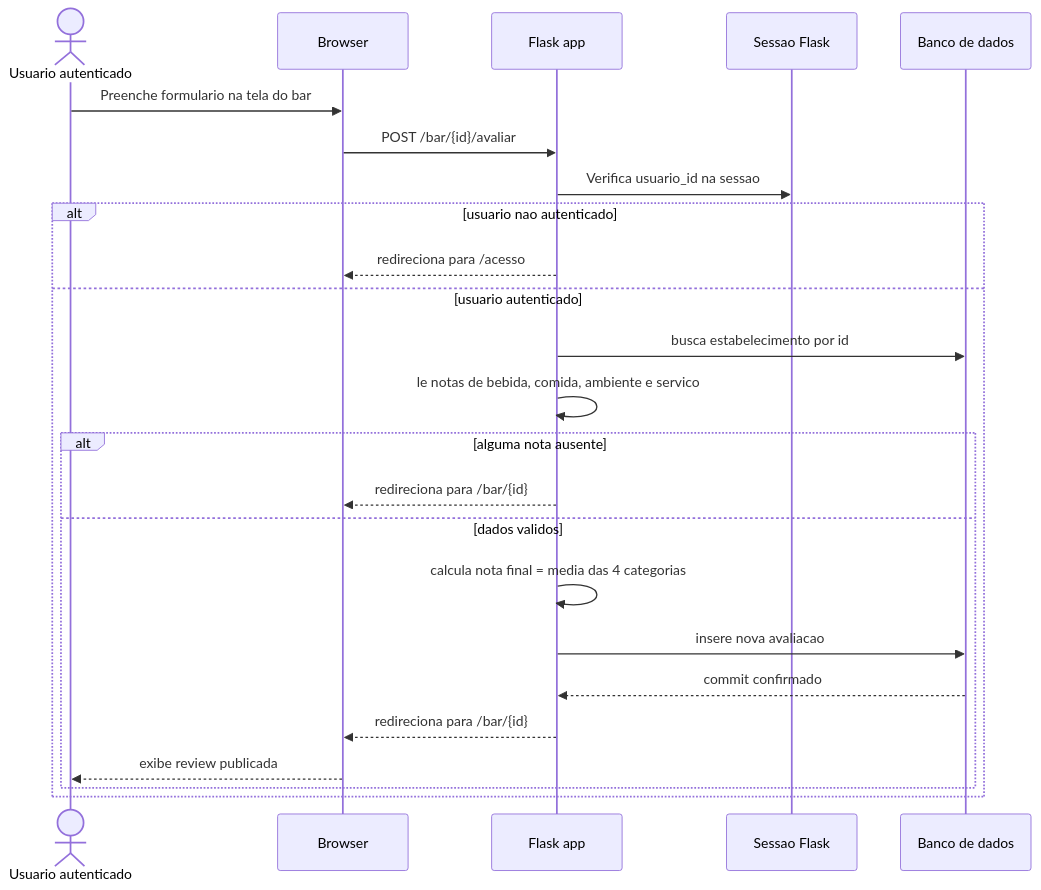
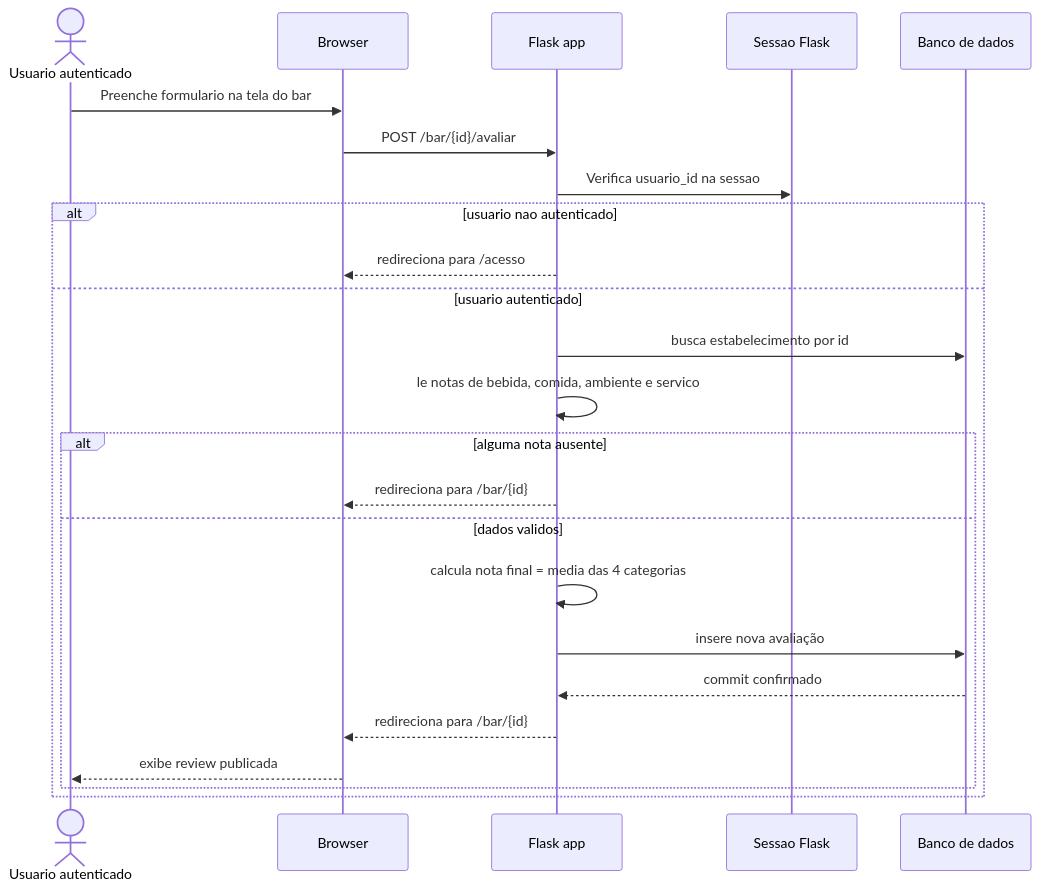
One commit to Brunolmf/TP1_EngSoftware changed the fourth of 4 diagrams in README.md. Above: the diagram before and after it, drawn with Mermaid. The commit also changed other lines of this file and 1 other file, not shown here.

````diff
--- a/README.md
+++ b/README.md
@@ -165,29 +165,29 @@
 ```mermaid
 sequenceDiagram
     actor U as Usuario autenticado
     participant B as Browser
     participant F as Flask app
     participant S as Sessao Flask
     participant DB as Banco de dados
 
     U->>B: Preenche formulario na tela do bar
     B->>F: POST /bar/{id}/avaliar
     F->>S: Verifica usuario_id na sessao
 
     alt usuario nao autenticado
         F-->>B: redireciona para /acesso
     else usuario autenticado
         F->>DB: busca estabelecimento por id
         F->>F: le notas de bebida, comida, ambiente e servico
 
         alt alguma nota ausente
             F-->>B: redireciona para /bar/{id}
         else dados validos
             F->>F: calcula nota final = media das 4 categorias
-            F->>DB: insere nova avaliacao
+            F->>DB: insere nova avaliação
             DB-->>F: commit confirmado
             F-->>B: redireciona para /bar/{id}
             B-->>U: exibe review publicada
         end
     end
 ```
````
